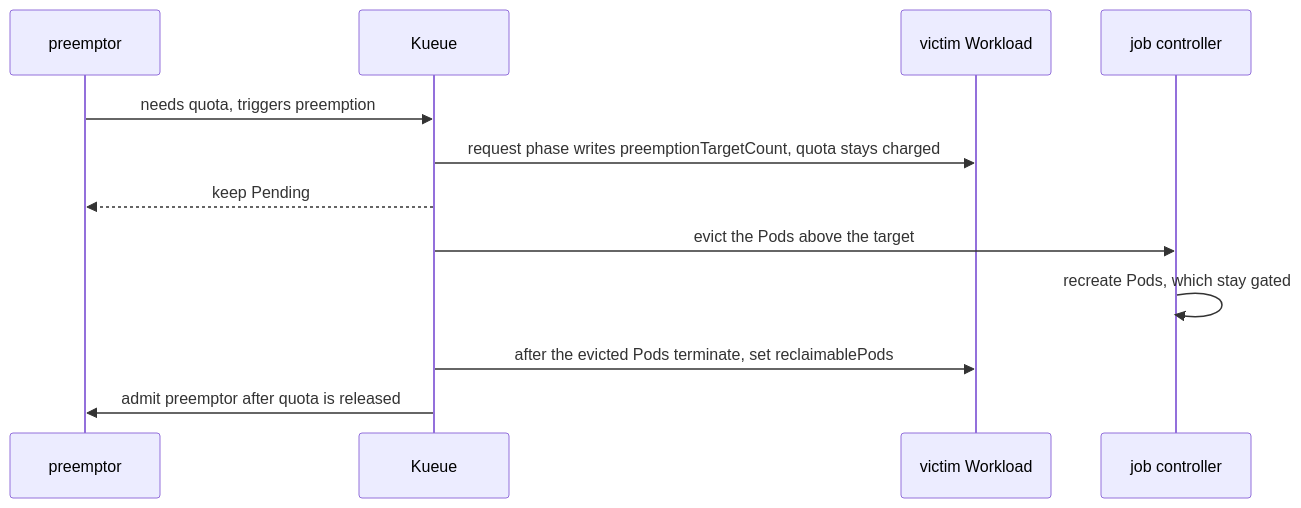
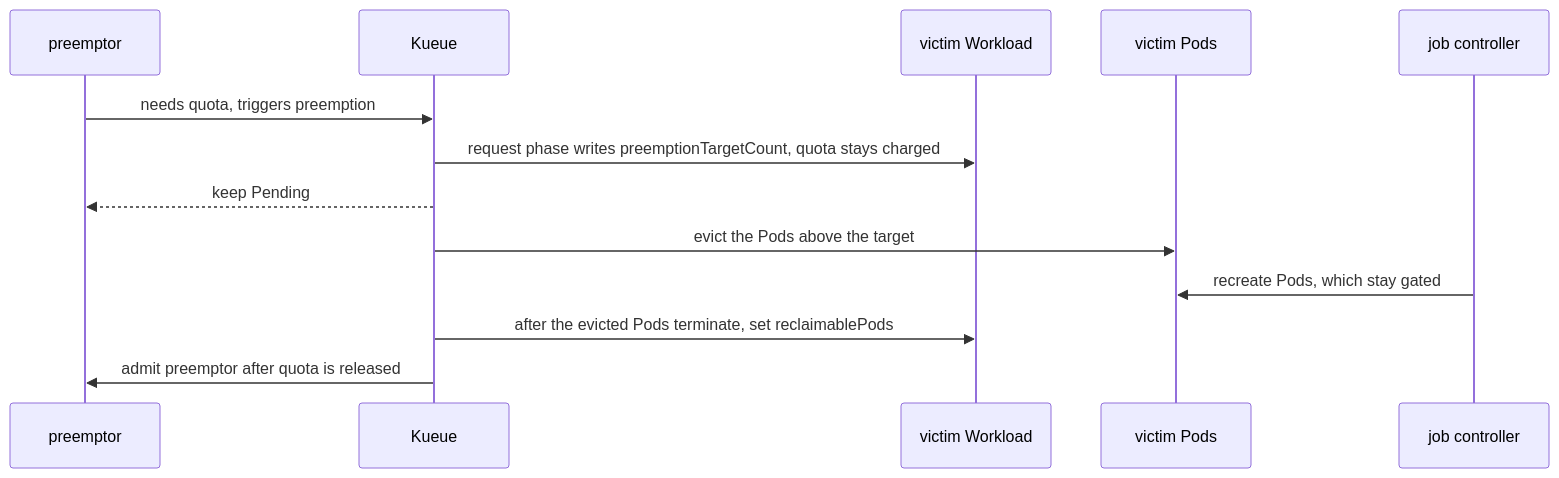
Before and after one commit to kubernetes-sigs/kueue: the first of 2 diagrams in keps/975-partial-preemption/README.md, drawn with Mermaid. The commit also changed other lines of this file, not shown here.

````diff
--- a/keps/975-partial-preemption/README.md
+++ b/keps/975-partial-preemption/README.md
@@ -270,14 +273,15 @@
 ```mermaid
 sequenceDiagram
     participant P as preemptor
     participant K as Kueue
     participant WL as victim Workload
+    participant Pods as victim Pods
     participant J as job controller
     P->>K: needs quota, triggers preemption
     K->>WL: request phase writes preemptionTargetCount, quota stays charged
     K-->>P: keep Pending
-    K->>J: evict the Pods above the target
-    J->>J: recreate Pods, which stay gated
+    K->>Pods: evict the Pods above the target
+    J->>Pods: recreate Pods, which stay gated
     K->>WL: after the evicted Pods terminate, set reclaimablePods
     K->>P: admit preemptor after quota is released
 ```
````
